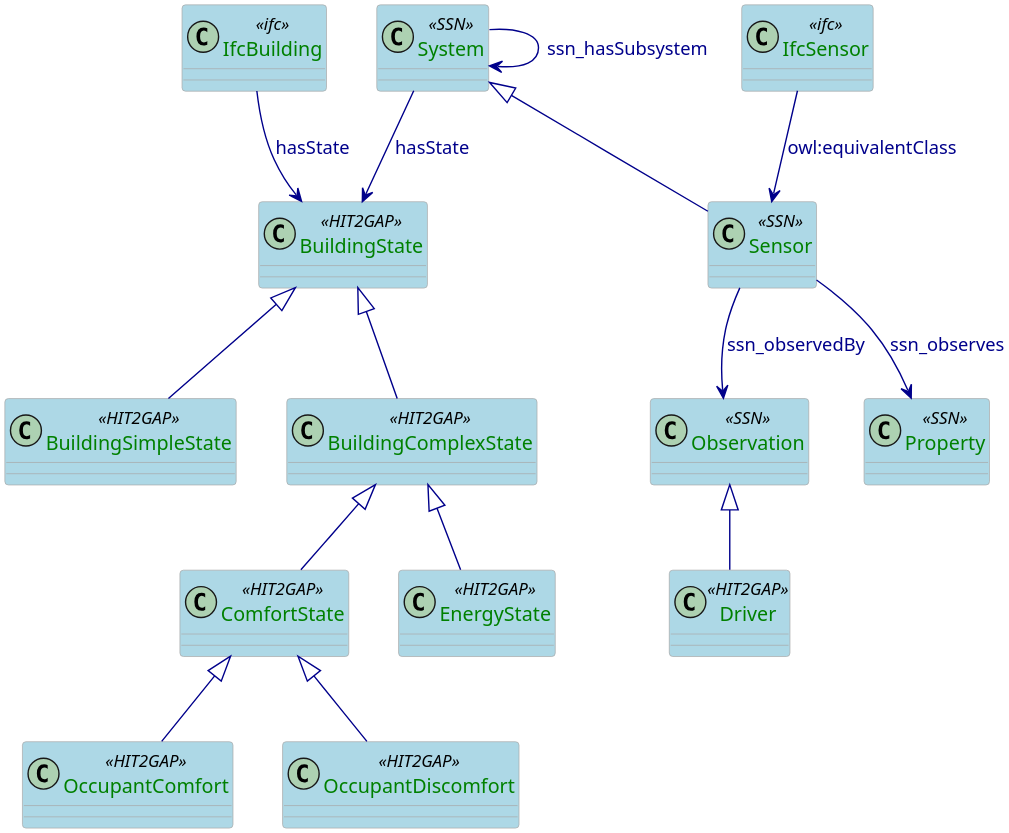
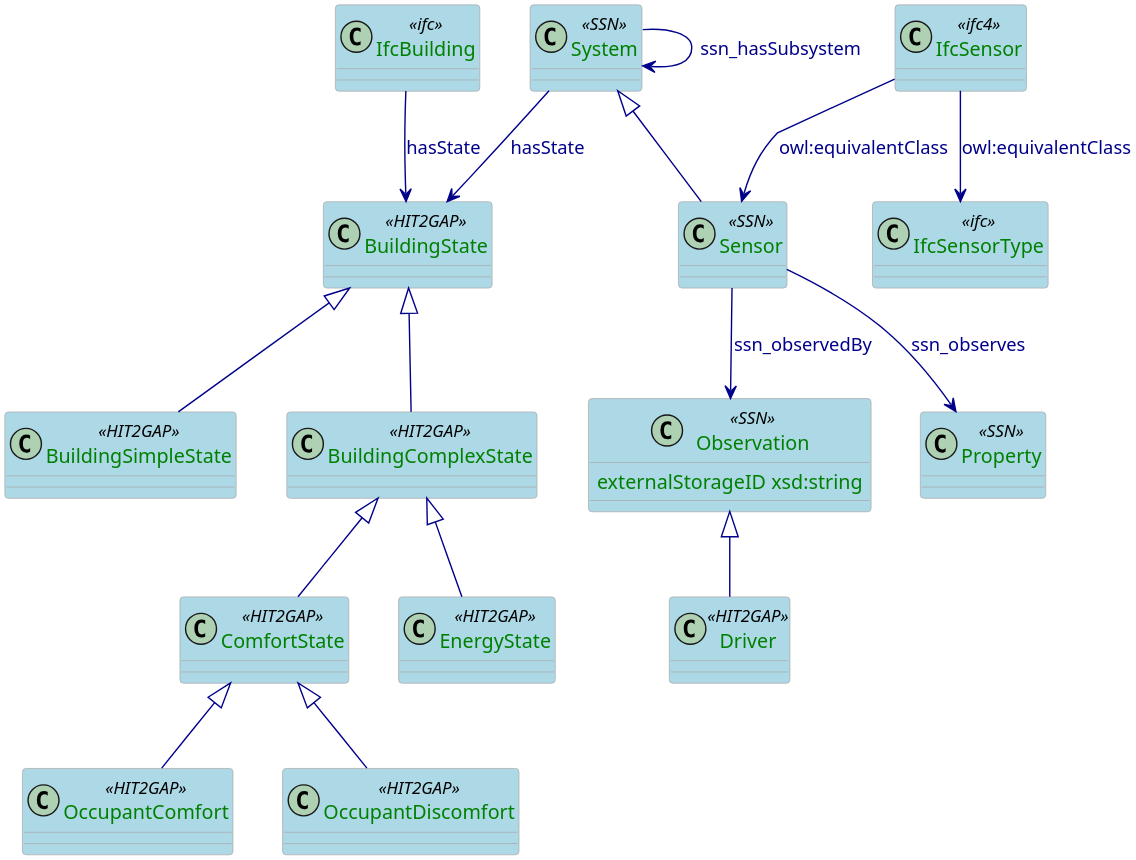
One commit to HIT2GAP-EU-PROJECT/BEMOnt changed the diagram in docs/_book/plantuml/BuildingStateSpecification.puml. Above: the diagram before and after it, drawn with PlantUML. The commit also changed 43 other files, not shown here.

```diff
--- a/docs/_book/plantuml/BuildingStateSpecification.puml
+++ b/docs/_book/plantuml/BuildingStateSpecification.puml
@@ -1,77 +1,80 @@
 @startuml
 
 skinparam class {
   ArrowColor DarkBlue
   ArrowFontColor DarkBlue
   BackgroundColor LightBlue
   BorderColor DarkGrey
 }
 skinparam dpi 300
 skinparam stereotypeCBackgroundColor Wheat
 skinparam classAttributeFontColor  Green
 
 class System <<SSN>>{
 
 }
 
 class BuildingState <<HIT2GAP>>{
 
 }
 
 class BuildingSimpleState <<HIT2GAP>>{
 
 }
 
 class BuildingComplexState <<HIT2GAP>>{
 
 }
 
 class EnergyState <<HIT2GAP>>{
 
 }
 
 class ComfortState <<HIT2GAP>>{
 
 }
 
 class OccupantComfort <<HIT2GAP>>{
 
 }
 
 class OccupantDiscomfort <<HIT2GAP>>{
 
 }
 class Driver <<HIT2GAP>>{
 
 }
 
-class Observation <<SSN>>{
-
+class Observation <<SSN>> {
+  externalStorageID xsd:string
 }
 
 class Property <<SSN>> {
 
 }
 
 class Sensor <<SSN>>
 
 class IfcBuilding <<ifc>>
-class IfcSensor <<ifc>>
+class IfcSensor <<ifc4>>
+class IfcSensorType <<ifc>>
 
 IfcBuilding --> BuildingState:hasState
 System --> BuildingState: hasState
 BuildingState <|-- BuildingSimpleState
 BuildingState <|-- BuildingComplexState
 BuildingComplexState <|-- EnergyState
 BuildingComplexState <|-- ComfortState
 ComfortState <|-- OccupantComfort
 ComfortState <|-- OccupantDiscomfort
 System --> System:ssn_hasSubsystem
 System <|-- Sensor
 Sensor --> Observation:ssn_observedBy
 Sensor --> Property:ssn_observes
 IfcSensor --> Sensor: owl:equivalentClass
 
 Observation <|-- Driver
 
+IfcSensor --> IfcSensorType: owl:equivalentClass
+
 @enduml
```
